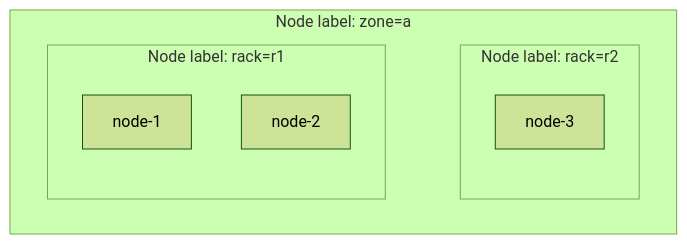
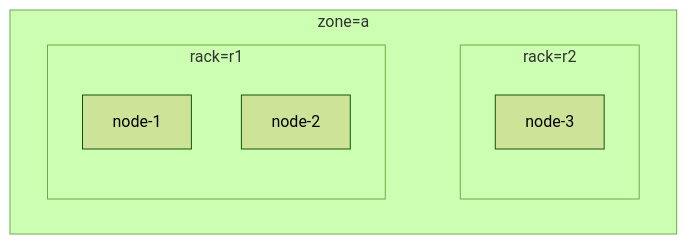
The eighth of 13 diagrams in docs/research/k8s-workload-aware-scheduling-vs-volcano.md (JesseStutler/volcano), drawn with Mermaid (forest theme) before and after one commit. The commit also changed other lines of this file and 1 other file, not shown here.

````diff
--- a/docs/research/k8s-workload-aware-scheduling-vs-volcano.md
+++ b/docs/research/k8s-workload-aware-scheduling-vs-volcano.md
@@ -422,14 +419,14 @@
 ```mermaid
 flowchart LR
-    subgraph Z["Node label: zone=a"]
+    subgraph Z["zone=a"]
         direction LR
-        subgraph R1["Node label: rack=r1"]
+        subgraph R1["rack=r1"]
             UN1["node-1"]
             UN2["node-2"]
         end
-        subgraph R2["Node label: rack=r2"]
+        subgraph R2["rack=r2"]
             UN3["node-3"]
         end
     end
     R1 ~~~ R2
 ```
````
